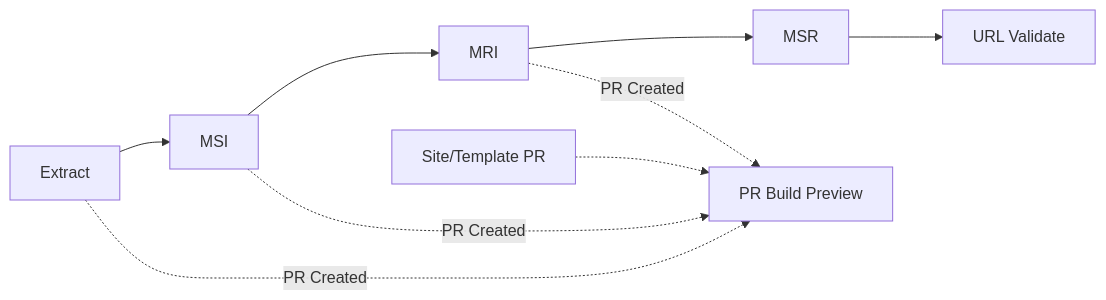
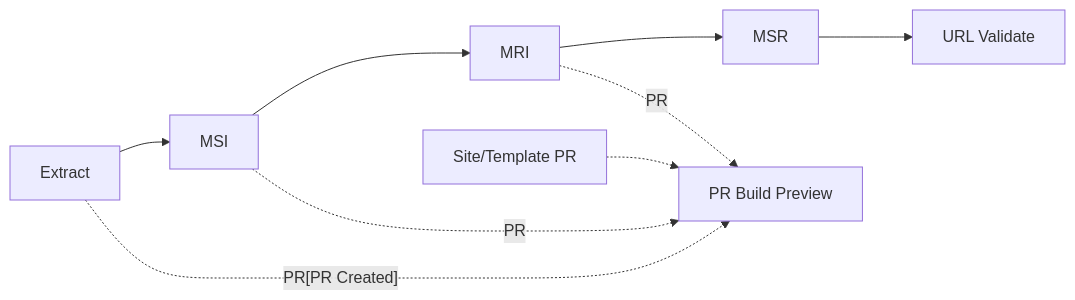
One commit to SteveLLamb/mediastandards-registry changed the diagram in README.md. Above: the diagram before and after it, drawn with Mermaid.

Commit message:
adjust graph

````diff
--- a/README.md
+++ b/README.md
@@ -61,13 +61,13 @@
 ```mermaid
 graph LR
   A[Extract] --> B[MSI]
   B --> C[MRI]
   C --> D[MSR]
   D --> E[URL Validate]
 
   %% PR preview paths (dotted lines indicate PR-triggered previews)
-  A -. "PR Created" .-> P[PR Build Preview]
-  B -. "PR Created" .-> P
-  C -. "PR Created" .-> P
+  A -. PR[PR Created] .-> P[PR Build Preview]
+  B -. PR .-> P
+  C -. PR .-> P
   S[Site/Template PR] -.-> P
 ```
````
